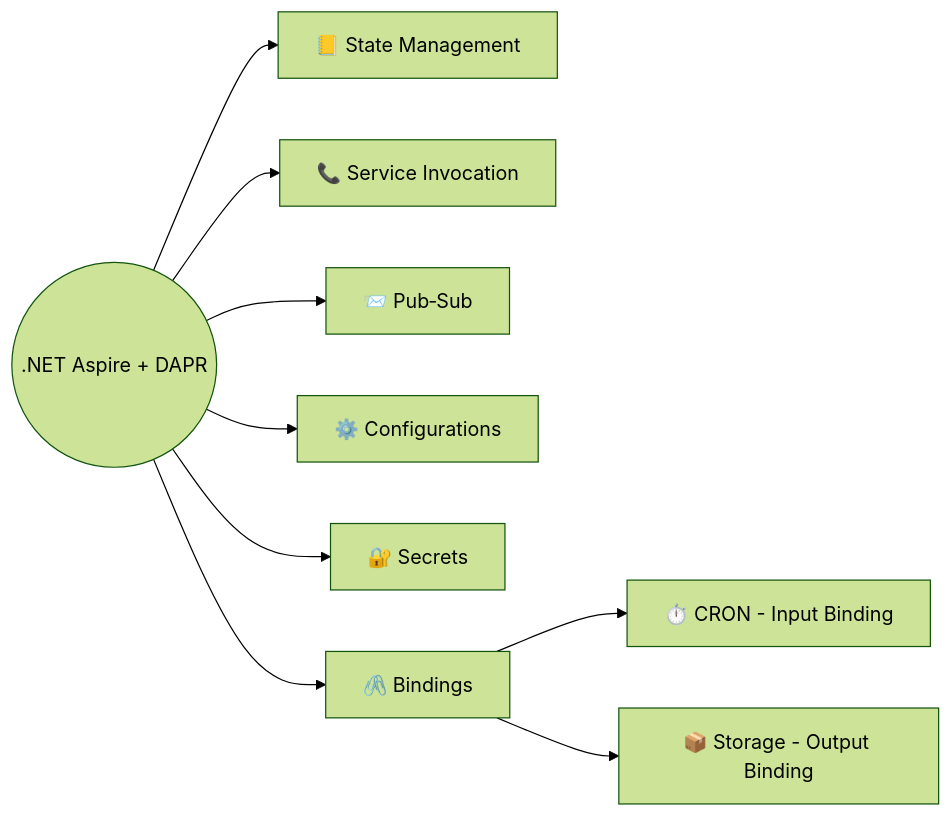
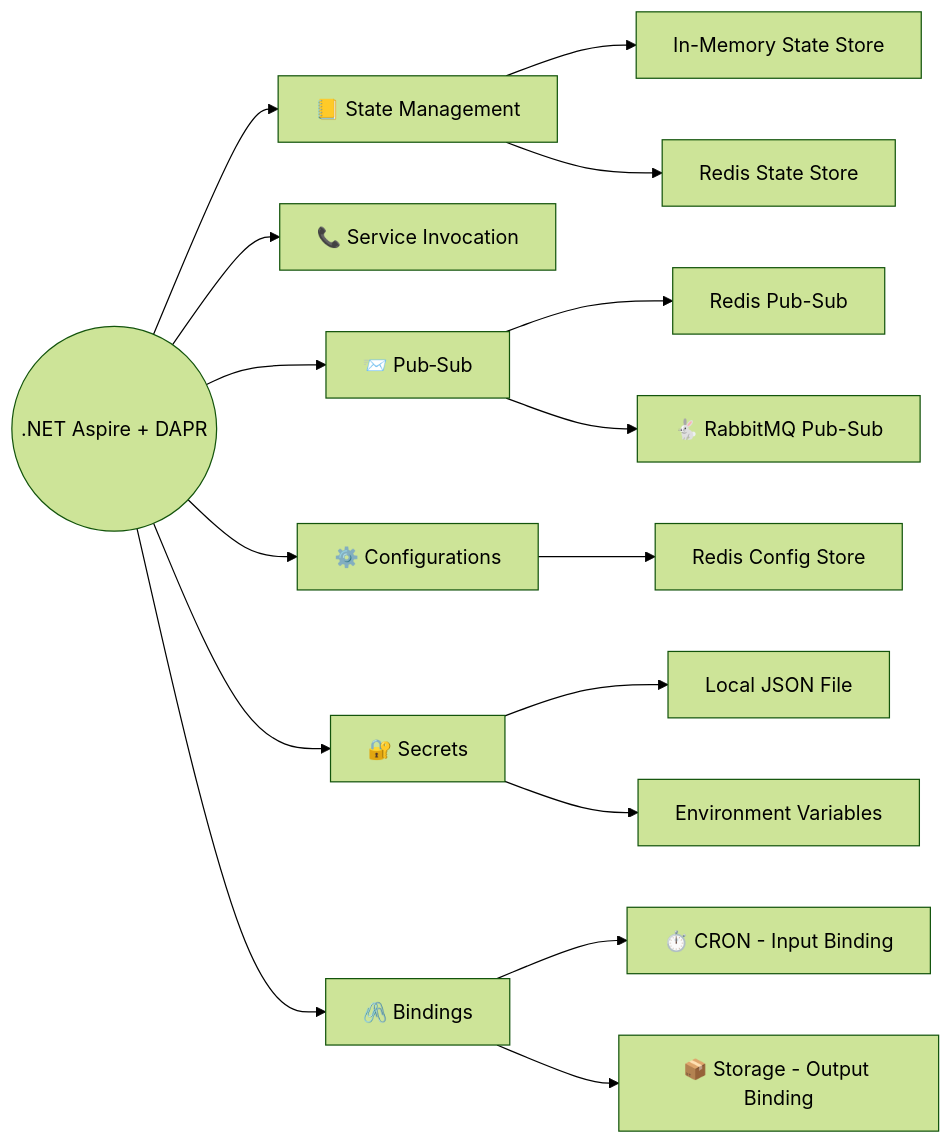
One commit to NetRecipes/NetRecipes.github.io changed the diagram in content/courses/dapr-aspire/_index.md. Above: the diagram before and after it, drawn with Mermaid (forest theme).

Commit message:
Update mermaid mindmap

````diff
--- a/content/courses/dapr-aspire/_index.md
+++ b/content/courses/dapr-aspire/_index.md
@@ -14,30 +14,44 @@
 ```mermaid
 flowchart LR
     root((.NET Aspire + DAPR))
     sm[📒 State Management]
+    im-ss[In-Memory State Store]
+    redis-ss[Redis State Store]
     si[📞 Service Invocation]
     ps[📨 Pub‑Sub]
+    redis-ps[Redis Pub-Sub]
+    rabbit-ps[🐇 RabbitMQ Pub-Sub]
     cfg[⚙️ Configurations]
+    redis-cfg[ Redis Config Store]
     sec[🔐 Secrets]
+    json-sec[Local JSON File]
+    env-sec[Environment Variables]
     bind[🖇️  Bindings]
     cron[⏱️ CRON - Input Binding]
     store[📦 Storage - Output Binding]
 
     root --> sm
+    sm --> im-ss
+    sm --> redis-ss
     root --> si
     root --> ps
+    ps --> redis-ps
+    ps --> rabbit-ps
     root --> cfg
+    cfg --> redis-cfg
     root --> sec
+    sec --> json-sec
+    sec --> env-sec
     root --> bind
     bind --> cron
     bind --> store
 
     click sm "/courses/dapr-aspire/state-management/" "Go to State Management"
     click si "/courses/dapr-aspire/service-invocation/" "Go to Service Invocation"
     click ps "/courses/dapr-aspire/pub-sub/" "Go to Pub-Sub"
     click cfg "/courses/dapr-aspire/configurations/" "Go to Configurations"
     click sec "/courses/dapr-aspire/secrets/" "Go to Secrets"
     click bind "/courses/dapr-aspire/bindings/" "Go to Bindings"
     click cron "/courses/dapr-aspire/bindings/#cron" "Go to Bindings - CRON"
     click store "/courses/dapr-aspire/bindings/#local-storage" "Go to Bindings - Storage"
 ```
````
